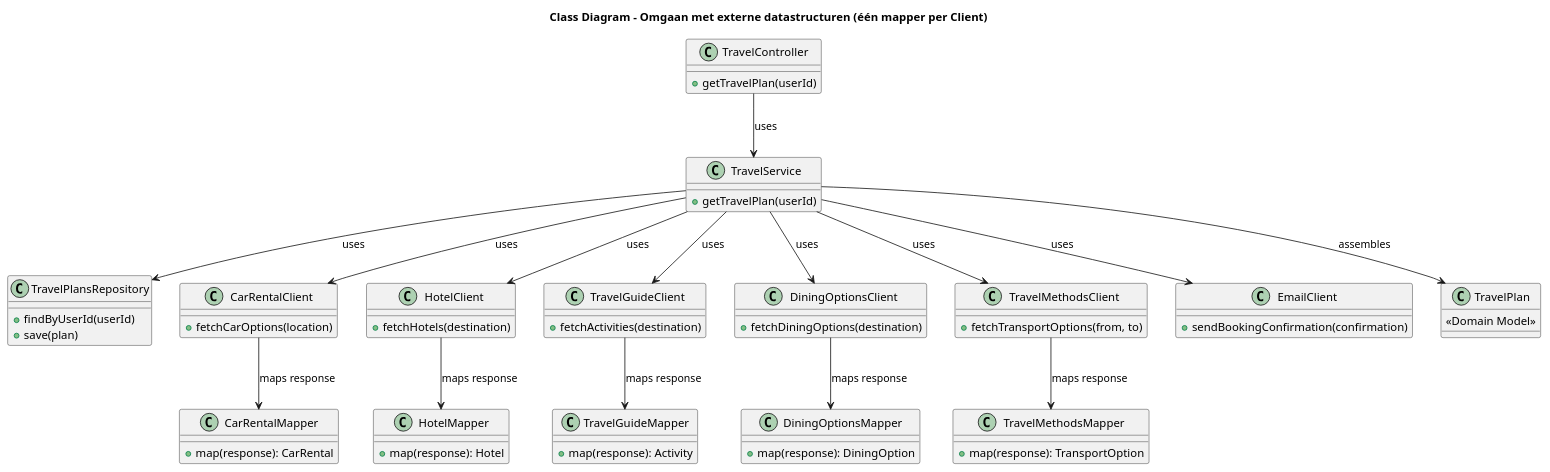
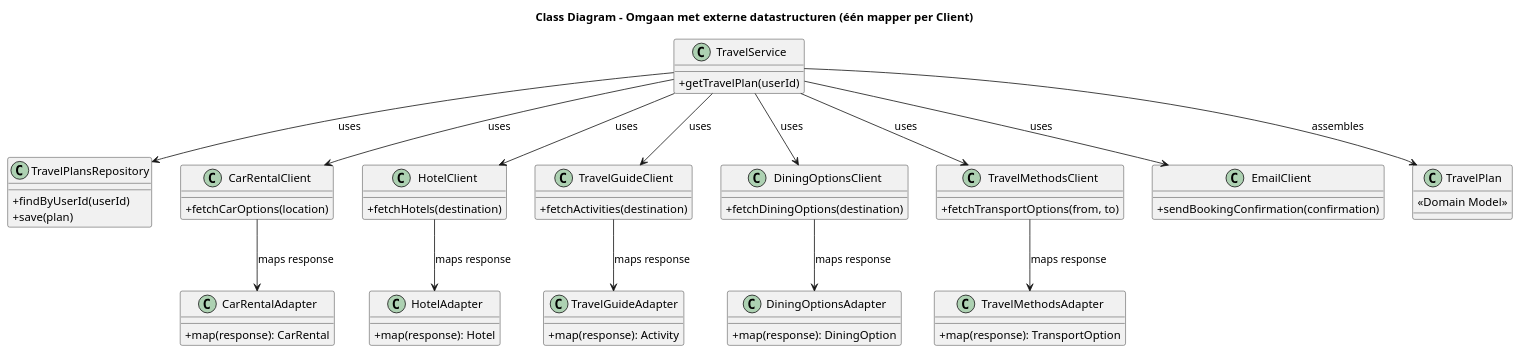
Before and after one commit to AIM-ENE-feb25/triptop-groep-3: the diagram in opdracht-diagrammen/C4 OntwerpVraag Tren/C4ClassOntwerpVraagTren.puml, drawn with PlantUML. The commit also changed 4 other files, not shown here.

Commit message:
mapper -> adapter. apigateway weggehaald

```diff
--- a/opdracht-diagrammen/C4 OntwerpVraag Tren/C4ClassOntwerpVraagTren.puml
+++ b/opdracht-diagrammen/C4 OntwerpVraag Tren/C4ClassOntwerpVraagTren.puml
@@ -1,83 +1,77 @@
 @startuml
-
+skinparam classAttributeIconSize 0
 title Class Diagram – Omgaan met externe datastructuren (één mapper per Client)
-
-class TravelController {
-    +getTravelPlan(userId)
-}
-
 class TravelService {
     +getTravelPlan(userId)
 }
 
 class TravelPlansRepository {
     +findByUserId(userId)
     +save(plan)
 }
 
 class CarRentalClient {
     +fetchCarOptions(location)
 }
 
-class CarRentalMapper {
+class CarRentalAdapter {
     +map(response): CarRental
 }
 
 class HotelClient {
     +fetchHotels(destination)
 }
 
-class HotelMapper {
+class HotelAdapter {
     +map(response): Hotel
 }
 
 class TravelGuideClient {
     +fetchActivities(destination)
 }
 
-class TravelGuideMapper {
+class TravelGuideAdapter {
     +map(response): Activity
 }
 
 class DiningOptionsClient {
     +fetchDiningOptions(destination)
 }
 
-class DiningOptionsMapper {
+class DiningOptionsAdapter {
     +map(response): DiningOption
 }
 
 class TravelMethodsClient {
     +fetchTransportOptions(from, to)
 }
 
-class TravelMethodsMapper {
+class TravelMethodsAdapter {
     +map(response): TransportOption
 }
 
 class EmailClient {
     +sendBookingConfirmation(confirmation)
 }
 
 class TravelPlan {
     <<Domain Model>>
 }
 
 ' Relaties
-TravelController --> TravelService : uses
 TravelService --> TravelPlansRepository : uses
 TravelService --> CarRentalClient : uses
 TravelService --> HotelClient : uses
 TravelService --> TravelGuideClient : uses
 TravelService --> DiningOptionsClient : uses
 TravelService --> TravelMethodsClient : uses
 TravelService --> EmailClient : uses
 TravelService --> TravelPlan : assembles
 
-CarRentalClient --> CarRentalMapper : maps response
-HotelClient --> HotelMapper : maps response
-TravelGuideClient --> TravelGuideMapper : maps response
-DiningOptionsClient --> DiningOptionsMapper : maps response
-TravelMethodsClient --> TravelMethodsMapper : maps response
+CarRentalClient --> CarRentalAdapter : maps response
+HotelClient --> HotelAdapter : maps response
+TravelGuideClient --> TravelGuideAdapter : maps response
+DiningOptionsClient --> DiningOptionsAdapter : maps response
+TravelMethodsClient --> TravelMethodsAdapter : maps response
 
 @enduml
```
